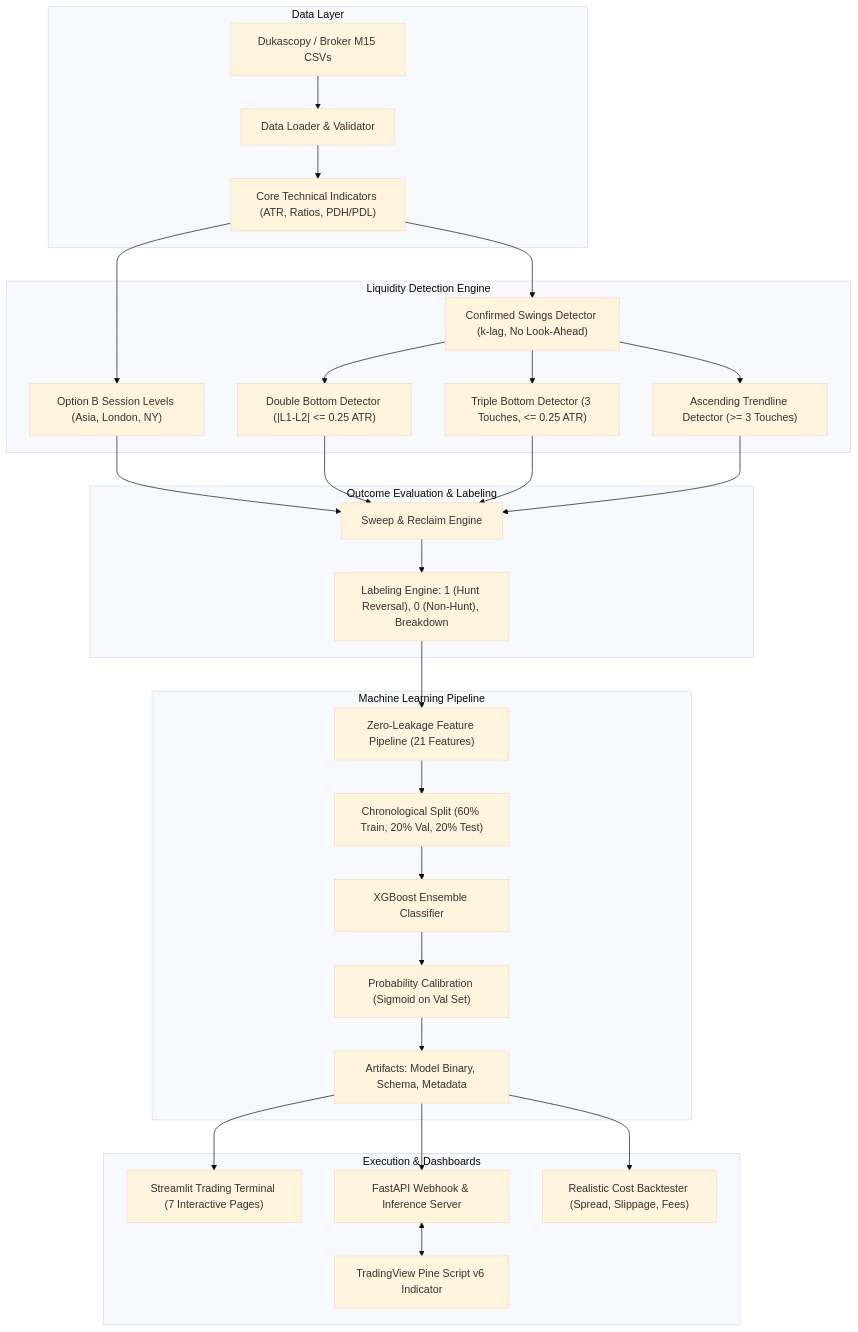
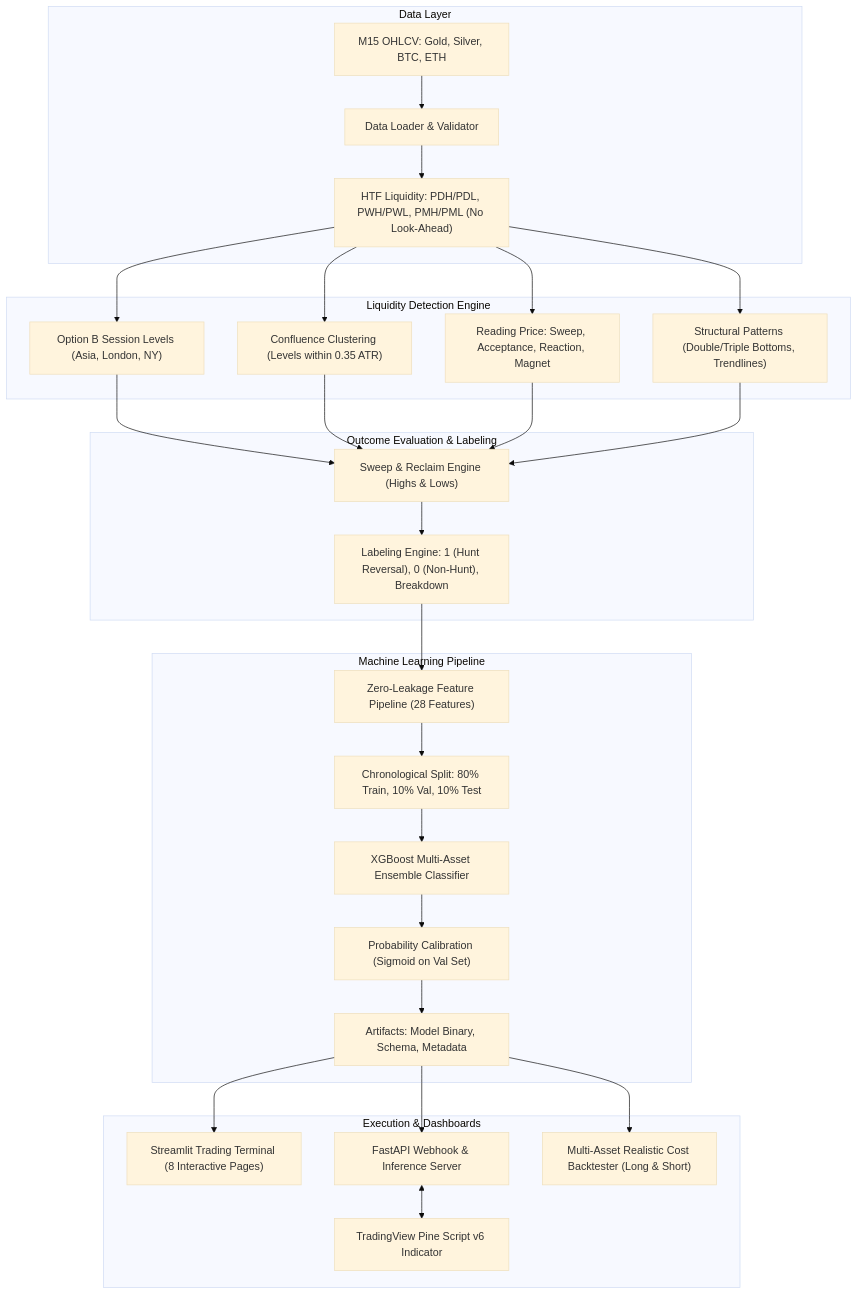
The diagram in README.md (KOLADILIP-K/-ICT-liquidity-stop-hunt), drawn with Mermaid (base theme) before and after one commit. The commit also changed other lines of this file and 38 other files, not shown here.

Commit message:
feat: implement PDF liquidity points reference, 80% train split across Gold, Silver, BTC, and ETH

````diff
--- a/README.md
+++ b/README.md
@@ -11,35 +12,34 @@
 ```mermaid
 flowchart TD
     subgraph Data ["Data Layer"]
-        A1["Dukascopy / Broker M15 CSVs"] --> A2["Data Loader & Validator"]
-        A2 --> A3["Core Technical Indicators (ATR, Ratios, PDH/PDL)"]
+        A1["M15 OHLCV: Gold, Silver, BTC, ETH"] --> A2["Data Loader & Validator"]
+        A2 --> A3["HTF Liquidity: PDH/PDL, PWH/PWL, PMH/PML (No Look-Ahead)"]
     end
 
     subgraph Detection ["Liquidity Detection Engine"]
         A3 --> B1["Option B Session Levels (Asia, London, NY)"]
-        A3 --> B2["Confirmed Swings Detector (k-lag, No Look-Ahead)"]
-        B2 --> B3["Double Bottom Detector (|L1-L2| <= 0.25 ATR)"]
-        B2 --> B4["Triple Bottom Detector (3 Touches, <= 0.25 ATR)"]
-        B2 --> B5["Ascending Trendline Detector (>= 3 Touches)"]
+        A3 --> B2["Confluence Clustering (Levels within 0.35 ATR)"]
+        A3 --> B3["Reading Price: Sweep, Acceptance, Reaction, Magnet"]
+        A3 --> B4["Structural Patterns (Double/Triple Bottoms, Trendlines)"]
     end
 
     subgraph Labeling ["Outcome Evaluation & Labeling"]
-        B1 & B3 & B4 & B5 --> C1["Sweep & Reclaim Engine"]
+        B1 & B2 & B3 & B4 --> C1["Sweep & Reclaim Engine (Highs & Lows)"]
         C1 --> C2["Labeling Engine: 1 (Hunt Reversal), 0 (Non-Hunt), Breakdown"]
     end
 
     subgraph ML ["Machine Learning Pipeline"]
-        C2 --> D1["Zero-Leakage Feature Pipeline (21 Features)"]
-        D1 --> D2["Chronological Split (60% Train, 20% Val, 20% Test)"]
-        D2 --> D3["XGBoost Ensemble Classifier"]
+        C2 --> D1["Zero-Leakage Feature Pipeline (28 Features)"]
+        D1 --> D2["Chronological Split: 80% Train, 10% Val, 10% Test"]
+        D2 --> D3["XGBoost Multi-Asset Ensemble Classifier"]
         D3 --> D4["Probability Calibration (Sigmoid on Val Set)"]
         D4 --> D5["Artifacts: Model Binary, Schema, Metadata"]
     end
 
     subgraph Outputs ["Execution & Dashboards"]
-        D5 --> E1["Streamlit Trading Terminal (7 Interactive Pages)"]
+        D5 --> E1["Streamlit Trading Terminal (8 Interactive Pages)"]
         D5 --> E2["FastAPI Webhook & Inference Server"]
-        D5 --> E3["Realistic Cost Backtester (Spread, Slippage, Fees)"]
+        D5 --> E3["Multi-Asset Realistic Cost Backtester (Long & Short)"]
         E2 <--> E4["TradingView Pine Script v6 Indicator"]
     end
 ```
````
